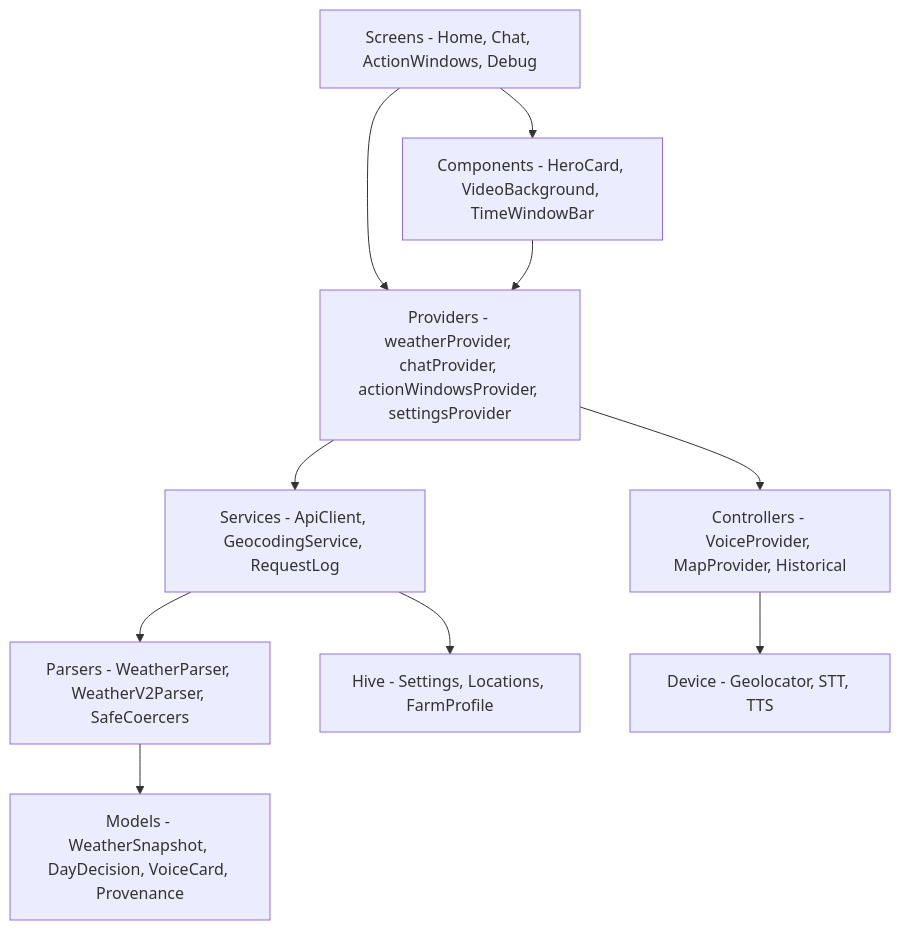
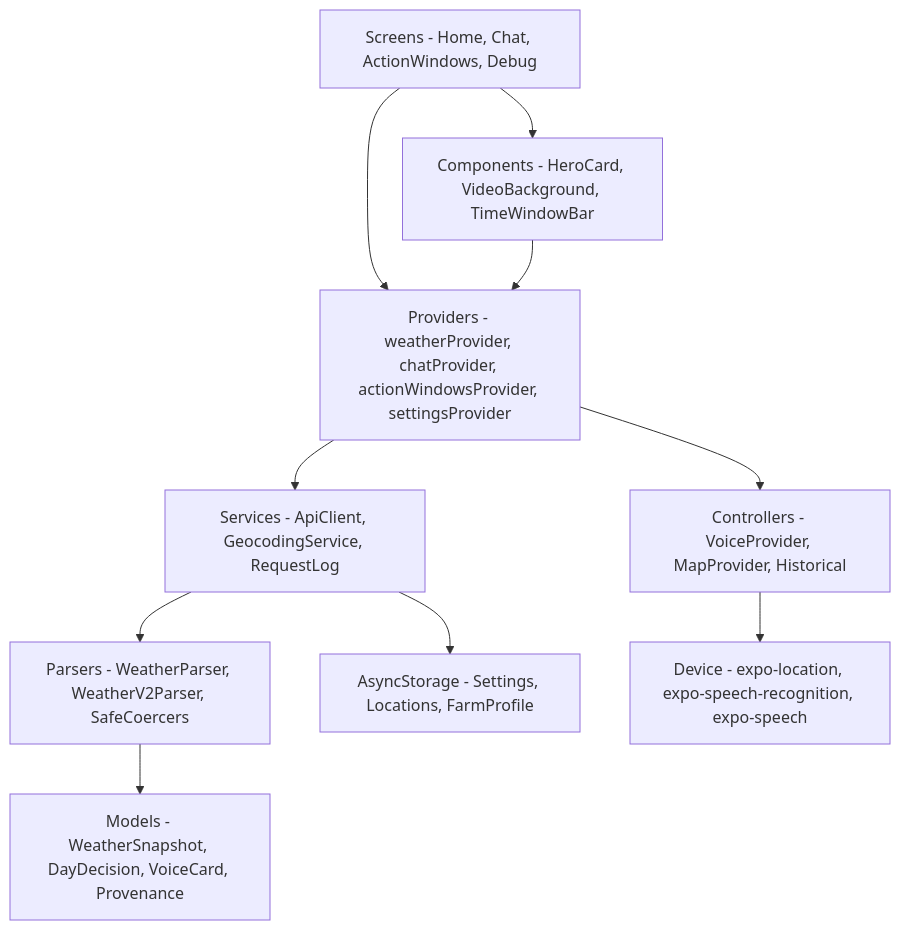
Before and after one commit to omsenjalia/weathergpt-app: the third of 7 diagrams in ARCHITECTURE.md, drawn with Mermaid. The commit also changed other lines of this file and 47 other files, not shown here.

````diff
--- a/ARCHITECTURE.md
+++ b/ARCHITECTURE.md
@@ -339,22 +346,22 @@
 ```mermaid
 graph TD
     VIEWS["Screens - Home, Chat, ActionWindows, Debug"]
     WIDGETS["Components - HeroCard, VideoBackground, TimeWindowBar"]
     NOTIFIERS["Providers - weatherProvider, chatProvider, actionWindowsProvider, settingsProvider"]
     CONTROLLERS["Controllers - VoiceProvider, MapProvider, Historical"]
     PARSERS["Parsers - WeatherParser, WeatherV2Parser, SafeCoercers"]
     MODELS["Models - WeatherSnapshot, DayDecision, VoiceCard, Provenance"]
     SERVICES["Services - ApiClient, GeocodingService, RequestLog"]
-    HIVE["Hive - Settings, Locations, FarmProfile"]
-    HARDWARE["Device - Geolocator, STT, TTS"]
+    STORAGE["AsyncStorage - Settings, Locations, FarmProfile"]
+    HARDWARE["Device - expo-location, expo-speech-recognition, expo-speech"]
 
     VIEWS --> WIDGETS
     VIEWS --> NOTIFIERS
     WIDGETS --> NOTIFIERS
     NOTIFIERS --> CONTROLLERS
     NOTIFIERS --> SERVICES
     CONTROLLERS --> HARDWARE
     SERVICES --> PARSERS
     PARSERS --> MODELS
-    SERVICES --> HIVE
+    SERVICES --> STORAGE
 ```
````
